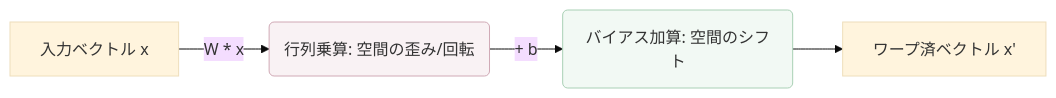
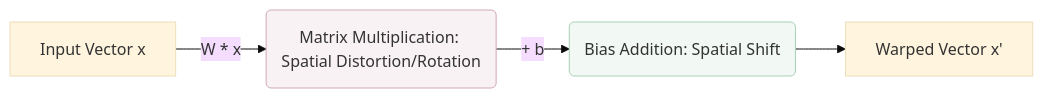
The first of 3 diagrams in docs/1-core-adapters.md (daiki-moritake/warpvector), drawn with Mermaid (base theme) before and after one commit. The commit also changed other lines of this file and 47 other files, not shown here.

````diff
--- a/docs/1-core-adapters.md
+++ b/docs/1-core-adapters.md
@@ -11,9 +11,9 @@
 ```mermaid
 graph LR
-    X[入力ベクトル x] -->|W * x| M(行列乗算: 空間の歪み/回転)
-    M -->|+ b| B(バイアス加算: 空間のシフト)
-    B --> Y[ワープ済ベクトル x']
+    X[Input Vector x] -->|W * x| M(Matrix Multiplication: Spatial Distortion/Rotation)
+    M -->|+ b| B(Bias Addition: Spatial Shift)
+    B --> Y[Warped Vector x']
     
     style M fill:#f9f2f4,stroke:#d0a9b5
     style B fill:#f2f9f4,stroke:#a9d0b5
 ```
````
